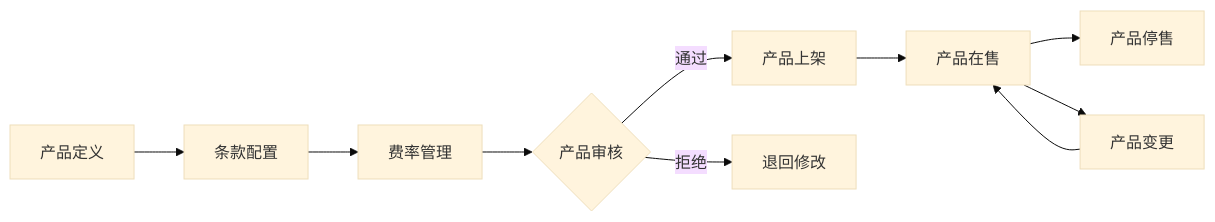
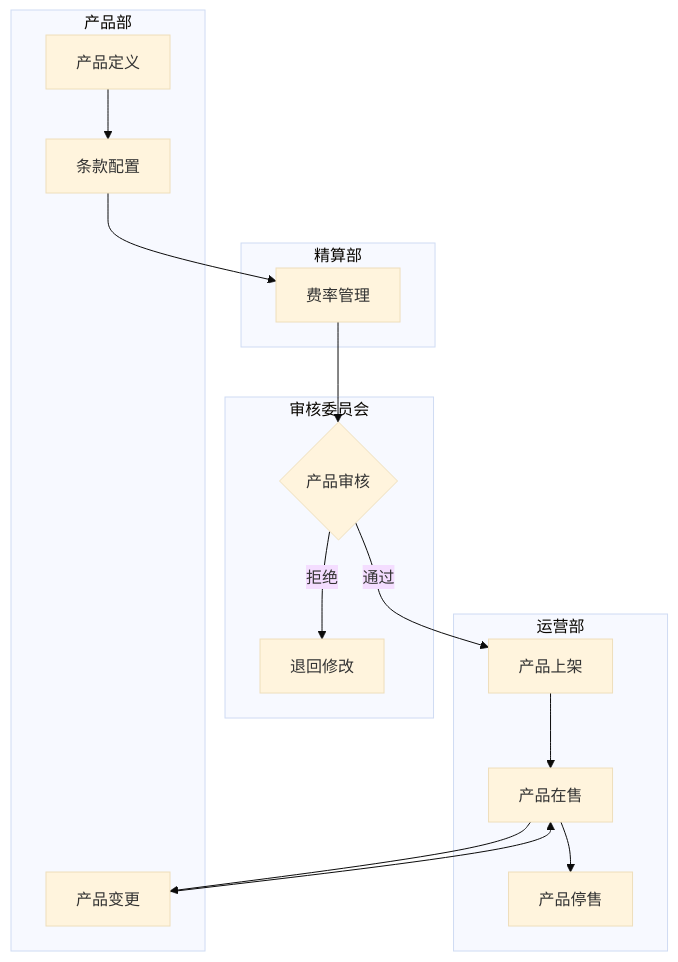
One commit to Niliria/data-skills changed the fourth of 9 diagrams in Data-Profiling/references/insurance-examples.md. Above: the diagram before and after it, drawn with Mermaid (base theme). The commit also changed other lines of this file and 8 other files, not shown here.

````diff
--- a/Data-Profiling/references/insurance-examples.md
+++ b/Data-Profiling/references/insurance-examples.md
@@ -99,12 +178,29 @@
 ```mermaid
-flowchart LR
-    A[产品定义] --> B[条款配置]
-    B --> C[费率管理]
-    C --> D{产品审核}
-    D -->|通过| E[产品上架]
-    D -->|拒绝| D1[退回修改]
-    E --> F[产品在售]
-    F --> G[产品停售]
-    F --> H[产品变更]
+flowchart TB
+    subgraph 产品部
+        A[产品定义]
+        B[条款配置]
+        H[产品变更]
+    end
+    subgraph 精算部
+        C[费率管理]
+    end
+    subgraph 审核委员会
+        D{产品审核}
+        D1[退回修改]
+    end
+    subgraph 运营部
+        E[产品上架]
+        F[产品在售]
+        G[产品停售]
+    end
+    A --> B
+    B --> C
+    C --> D
+    D -->|通过| E
+    D -->|拒绝| D1
+    E --> F
+    F --> G
+    F --> H
     H --> F
 ```
````
